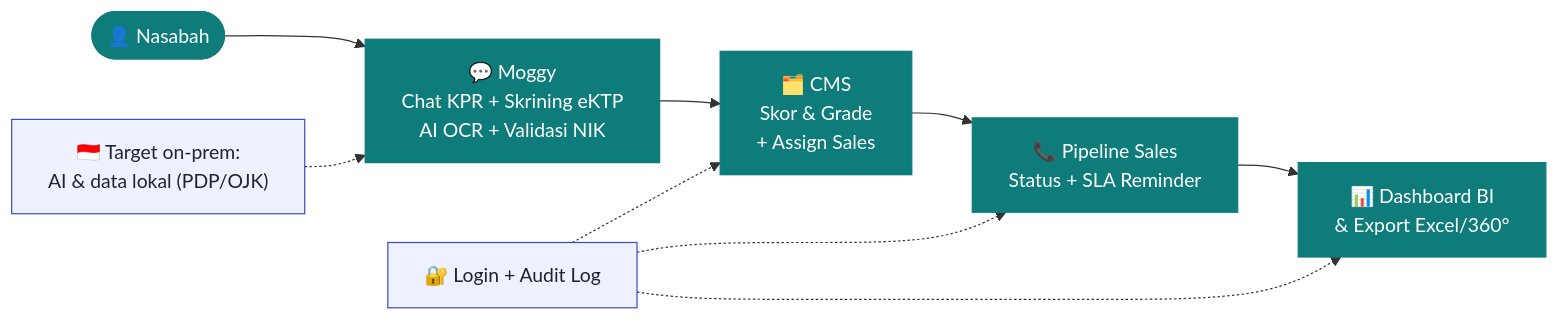
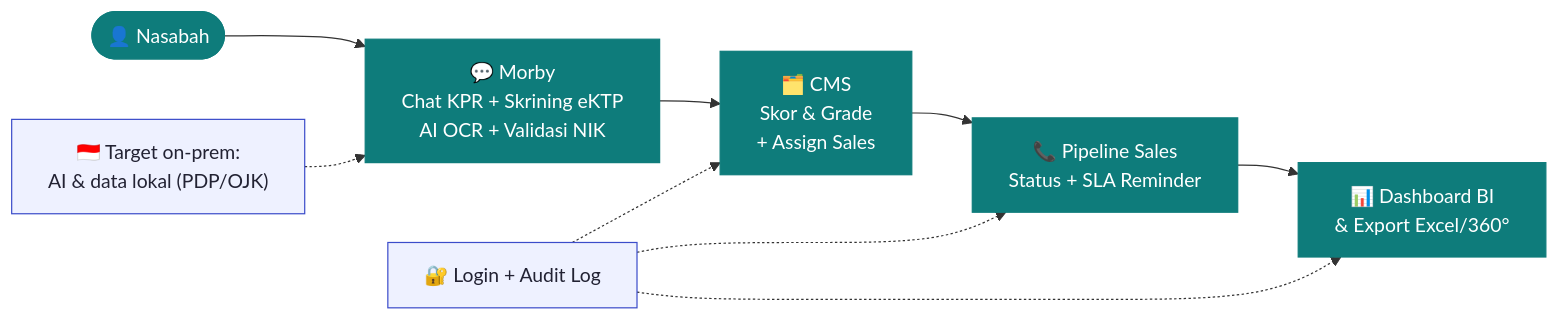
The second of 2 diagrams in FLOWCHART.md (kapanthron/sakhapr), drawn with Mermaid before and after one commit. The commit also changed other lines of this file and 35 other files, not shown here.

First line of the commit message:
Rebrand Moggy -> Morby across all files and documents

````diff
--- a/FLOWCHART.md
+++ b/FLOWCHART.md
@@ -73,17 +73,17 @@
 ```mermaid
 flowchart LR
-    A([👤 Nasabah]) --> B["💬 Moggy<br/>Chat KPR + Skrining eKTP<br/>AI OCR + Validasi NIK"]
+    A([👤 Nasabah]) --> B["💬 Morby<br/>Chat KPR + Skrining eKTP<br/>AI OCR + Validasi NIK"]
     B --> C["🗂️ CMS<br/>Skor & Grade<br/>+ Assign Sales"]
     C --> D["📞 Pipeline Sales<br/>Status + SLA Reminder"]
     D --> E["📊 Dashboard BI<br/>& Export Excel/360°"]
 
     F["🔐 Login + Audit Log"] -.-> C
     F -.-> D
     F -.-> E
     G["🇮🇩 Target on-prem:<br/>AI & data lokal (PDP/OJK)"] -.-> B
 
     classDef main fill:#0E7C7B,stroke:#0E7C7B,color:#fff,font-size:16px;
     classDef side fill:#EEF1FF,stroke:#3b4cca,color:#223;
     class A,B,C,D,E main;
     class F,G side;
 ```
````
